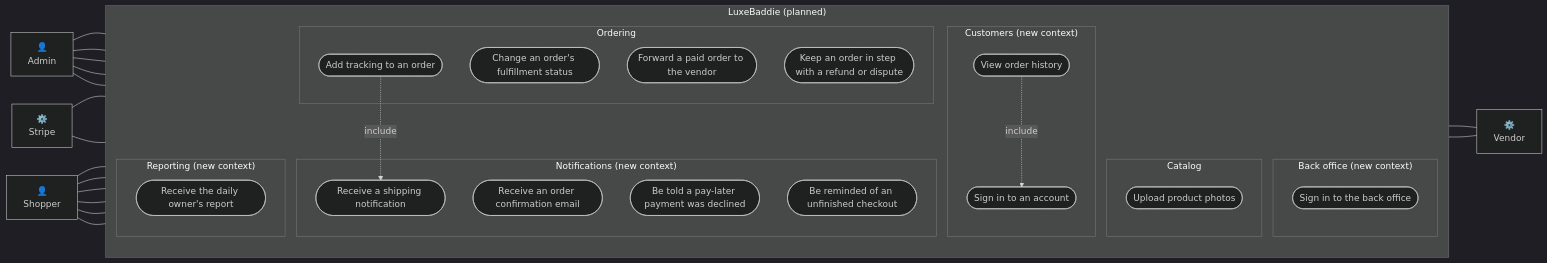
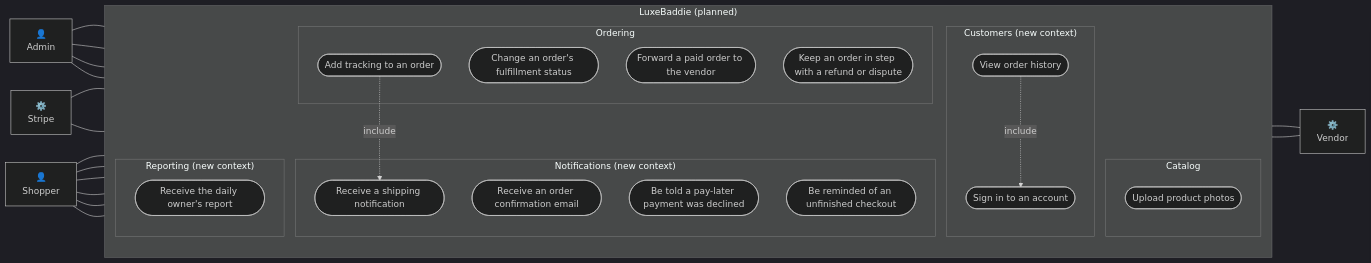
The third of 3 diagrams in docs/use-case-diagrams.md (rossislike/luxebaddie), drawn with Mermaid (dark theme) before and after one commit. The commit also changed other lines of this file and 19 other files, not shown here.

First line of the commit message:
Add owner sign-in for the back office

````diff
--- a/docs/use-case-diagrams.md
+++ b/docs/use-case-diagrams.md
@@ -157,62 +165,57 @@
 ```mermaid
 flowchart LR
     shopper["👤<br/>Shopper"]
     admin["👤<br/>Admin"]
     vendor["⚙️<br/>Vendor"]
     stripe["⚙️<br/>Stripe"]
 
     subgraph system["LuxeBaddie (planned)"]
         direction TB
-
-        subgraph backOfficeCtx["Back office (new context)"]
-            signIn([Sign in to the back office])
-        end
 
         subgraph catalogCtx["Catalog"]
             photos([Upload product photos])
         end
 
         subgraph orderingCtx["Ordering"]
             status([Change an order's fulfillment status])
             tracking([Add tracking to an order])
             forward([Forward a paid order to the vendor])
             refund([Keep an order in step with a refund or dispute])
         end
 
         subgraph notifyCtx["Notifications (new context)"]
             confirmEmail([Receive an order confirmation email])
             shipEmail([Receive a shipping notification])
             declined([Be told a pay-later payment was declined])
             abandoned([Be reminded of an unfinished checkout])
         end
 
         subgraph customerCtx["Customers (new context)"]
             account([Sign in to an account])
             history([View order history])
         end
 
         subgraph reportCtx["Reporting (new context)"]
             report([Receive the daily owner's report])
         end
     end
 
-    admin --- signIn
     admin --- photos
     admin --- status
     admin --- tracking
     admin --- report
     forward --- vendor
     vendor --- tracking
     stripe --- refund
     stripe --- declined
 
     shopper --- confirmEmail
     shopper --- shipEmail
     shopper --- declined
     shopper --- abandoned
     shopper --- account
     shopper --- history
 
     tracking -. include .-> shipEmail
     history -. include .-> account
 ```
````
